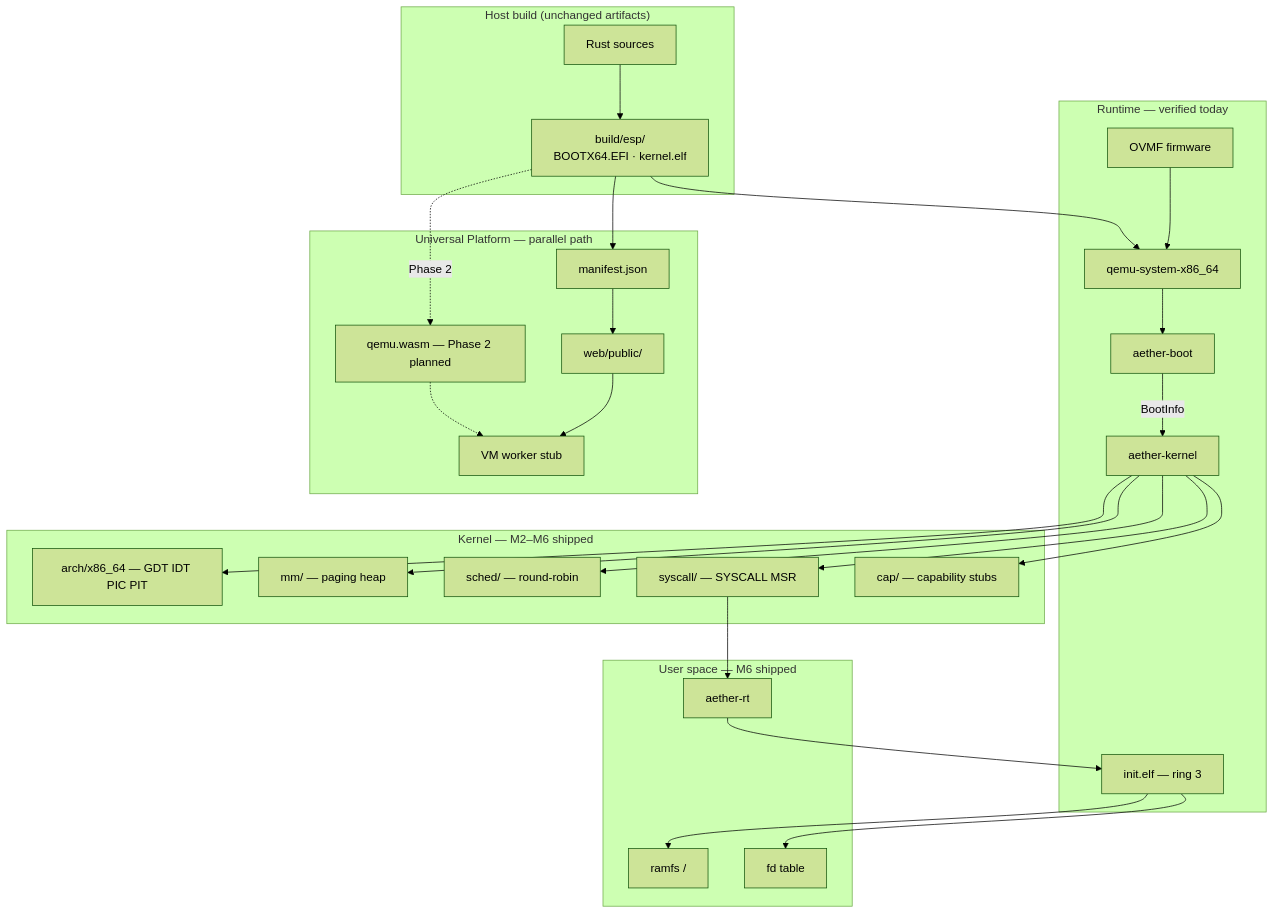
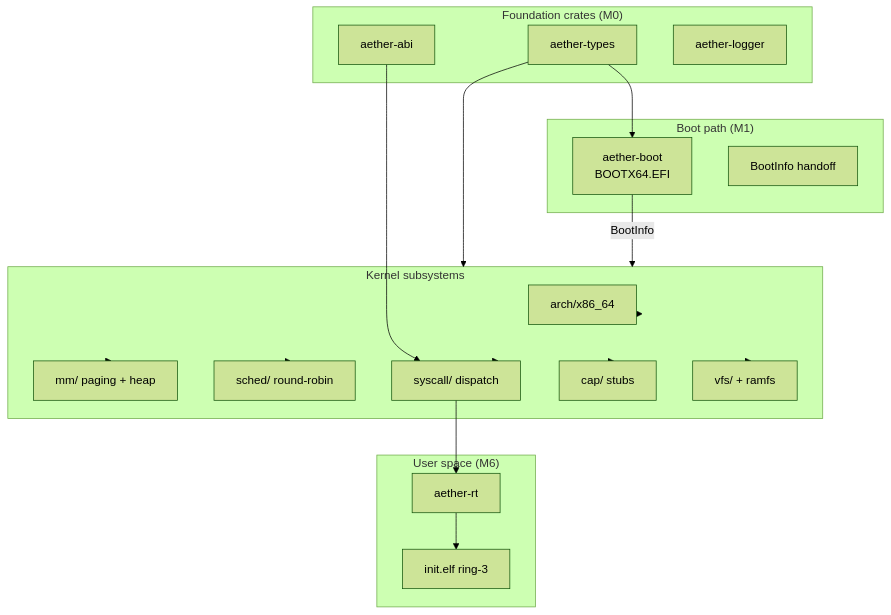
The second of 4 diagrams in README.md (D1bakar/ather-os), drawn with Mermaid (forest theme) before and after one commit. The commit also changed other lines of this file and 2 other files, not shown here.

First line of the commit message:
docs: long-form README redesign with visual architecture

````diff
--- a/README.md
+++ b/README.md
@@ -69,57 +162,39 @@
 ```mermaid
 graph TB
-    subgraph host["Host build (unchanged artifacts)"]
-        SRC[Rust sources]
-        ESP["build/esp/<br/>BOOTX64.EFI · kernel.elf"]
+    subgraph crates["Foundation crates (M0)"]
+        T[aether-types]
+        A[aether-abi]
+        L[aether-logger]
     end
 
-    subgraph runtime_qemu["Runtime — verified today"]
-        OVMF[OVMF firmware]
-        QEMU[qemu-system-x86_64]
-        BL[aether-boot]
-        KERN[aether-kernel]
-        INIT[init.elf — ring 3]
+    subgraph boot["Boot path (M1)"]
+        BL[aether-boot<br/>BOOTX64.EFI]
+        BI[BootInfo handoff]
     end
 
-    subgraph userspace["User space — M6 shipped"]
-        RT[aether-rt]
-        RAMFS[ramfs /]
-        FD[fd table]
+    subgraph kernel["Kernel subsystems"]
+        ARCH[arch/x86_64]
+        MM[mm/ paging + heap]
+        SCHED[sched/ round-robin]
+        SC[syscall/ dispatch]
+        CAP[cap/ stubs]
+        VFS[vfs/ + ramfs]
     end
 
-    subgraph kernel_core["Kernel — M2–M6 shipped"]
-        ARCH[arch/x86_64 — GDT IDT PIC PIT]
-        MM[mm/ — paging heap]
-        SCHED[sched/ — round-robin]
-        SC[syscall/ — SYSCALL MSR]
-        CAP[cap/ — capability stubs]
+    subgraph user["User space (M6)"]
+        RT[aether-rt]
+        INIT[init.elf ring-3]
     end
 
-    subgraph web_path["Universal Platform — parallel path"]
-        MAN[manifest.json]
-        WEB[web/public/]
-        STUB[VM worker stub]
-        QW["qemu.wasm — Phase 2 planned"]
-    end
-
-    SRC --> ESP
-    ESP --> QEMU
-    OVMF --> QEMU
-    QEMU --> BL
-    BL -->|BootInfo| KERN
-    KERN --> ARCH
-    KERN --> MM
-    KERN --> SCHED
-    KERN --> SC
-    KERN --> CAP
-    SC --> RT
-    RT --> INIT
-    INIT --> RAMFS
-    INIT --> FD
-
-    ESP --> MAN
-    MAN --> WEB
-    ESP -.->|Phase 2| QW
-    QW -.-> STUB
-    WEB --> STUB
+    T --> BL
+    T --> kernel
+    A --> SC
+    BL -->|BootInfo| kernel
+    kernel --> ARCH
+    kernel --> MM
+    kernel --> SCHED
+    kernel --> SC
+    kernel --> CAP
+    kernel --> VFS
+    SC --> RT --> INIT
 ```
````
